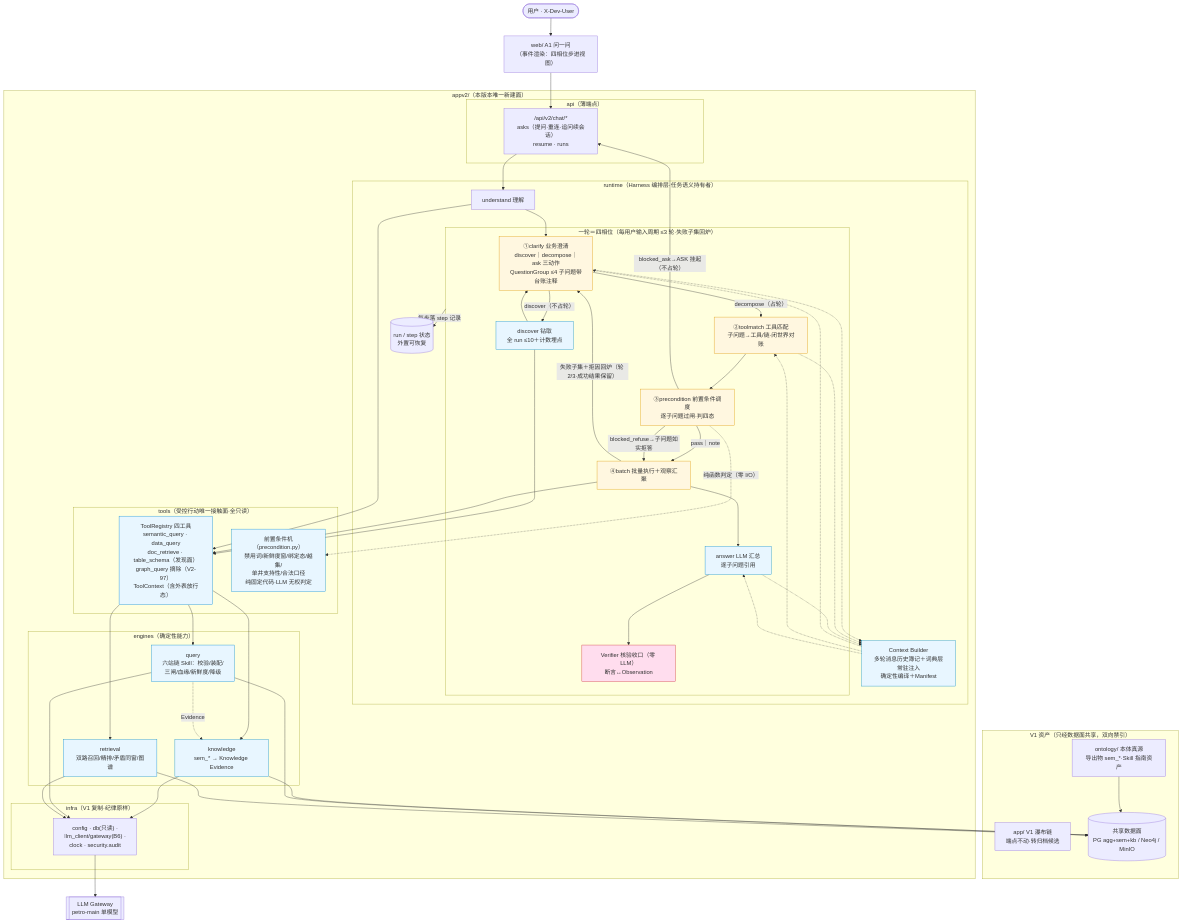
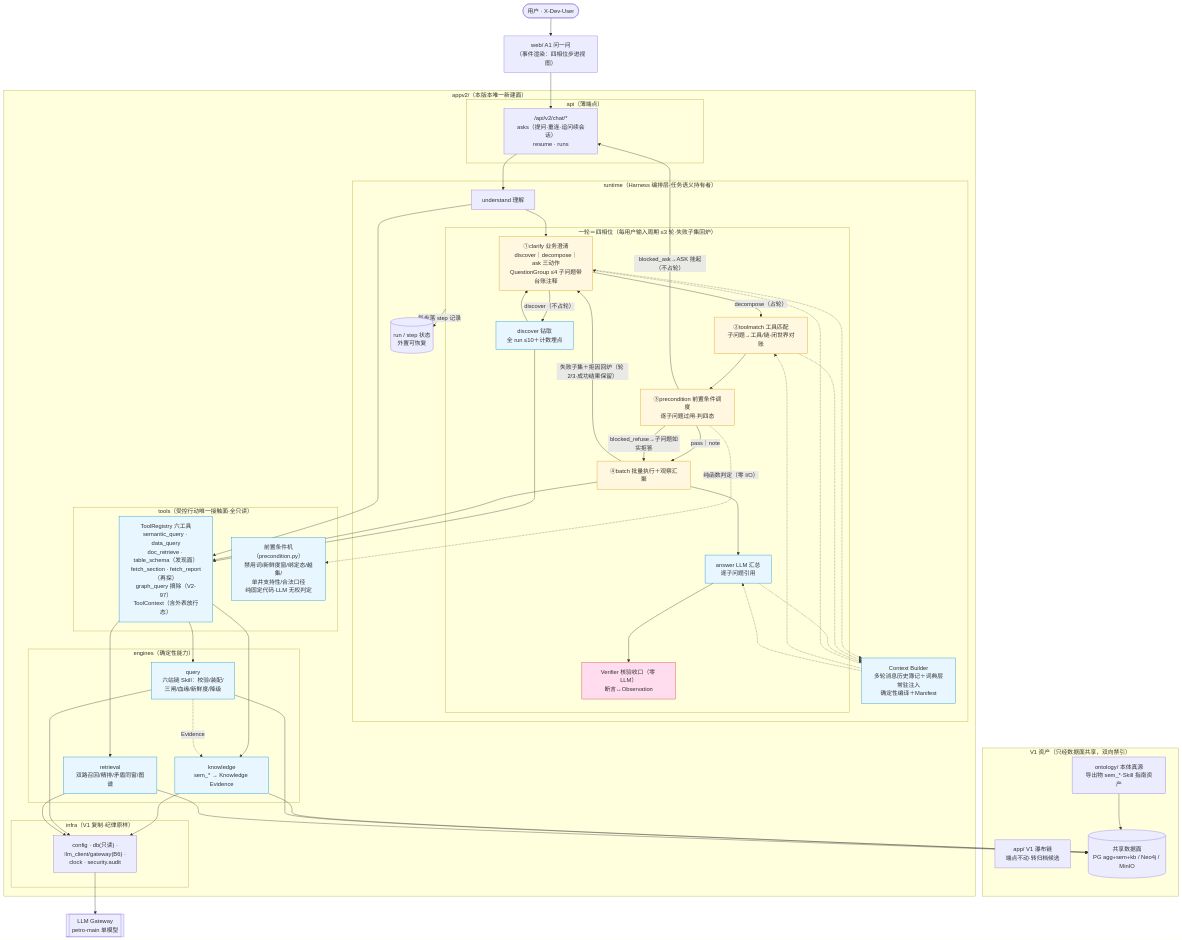
Before and after one commit to zzwcoding/petro-agent-platform: the diagram in docs/architecture-v2.md, drawn with Mermaid. The commit also changed other lines of this file and 38 other files, not shown here.

Commit message:
V2-96 作答侧有界再探(D5/方案A):explore 第二出口(闭世界三工具/≤2轮每轮≤2/指纹拒重/只许已见来源/硬停止强制正文),doc_retrieve 触发新召回+fetch_section/fetch_report 只读读面;端到端B-正6形25帧386/415/428交付;9新测+全量2434过;工具面六工具文档同步

````diff
--- a/docs/architecture-v2.md
+++ b/docs/architecture-v2.md
@@ -8,74 +8,74 @@
 ```mermaid
 flowchart TB
     subgraph 外部["V1 资产（只经数据面共享，双向禁引）"]
         V1APP[app/ V1 瀑布链<br/>端点不动·转归档候选]
         ONTO[ontology/ 本体真源<br/>导出物 sem_*·Skill 指南资产]
         DATAPLANE[(共享数据面<br/>PG agg+sem+kb / Neo4j / MinIO)]
     end
 
     subgraph APPV2["appv2/（本版本唯一新建面）"]
         subgraph L4["api（薄端点）"]
             API["/api/v2/chat/*<br/>asks（提问·重连·追问续会话）<br/>resume · runs"]
         end
         subgraph L3["runtime（Harness 编排层·任务语义持有者）"]
             U["understand 理解"]
             subgraph PH["一轮＝四相位（每用户输入周期 ≤3 轮·失败子集回炉）"]
                 CL["①clarify 业务澄清<br/>discover｜decompose｜ask 三动作<br/>QuestionGroup ≤4 子问题带台账注释"]
                 DS["discover 钻取<br/>全 run ≤10＋计数埋点"]
                 TM["②toolmatch 工具匹配<br/>子问题→工具/链·闭世界对账"]
                 PRE["③precondition 前置条件调度<br/>逐子问题过闸·判四态"]
                 BAT["④batch 批量执行＋观察汇聚"]
                 AN["answer LLM 汇总<br/>逐子问题引用"]
                 VF["Verifier 核验收口（零 LLM）<br/>断言↔Observation"]
             end
             CB["Context Builder<br/>多轮消息历史簿记＋词典层常驻注入<br/>确定性编译＋Manifest"]
             ST[("run / step 状态<br/>外置可恢复")]
         end
         subgraph L2["tools（受控行动唯一接触面·全只读）"]
-            TR["ToolRegistry 四工具<br/>semantic_query · data_query<br/>doc_retrieve · table_schema（发现面）<br/>graph_query 摘除（V2-97）<br/>ToolContext（含外表放行态）"]
+            TR["ToolRegistry 六工具<br/>semantic_query · data_query<br/>doc_retrieve · table_schema（发现面）<br/>fetch_section · fetch_report（再探）<br/>graph_query 摘除（V2-97）<br/>ToolContext（含外表放行态）"]
             PC["前置条件机（precondition.py）<br/>禁用词/新鲜度窗/绑定态/越集/<br/>单井支持性/合法口径<br/>纯固定代码·LLM 无权判定"]
         end
         subgraph L1["engines（确定性能力）"]
             KNO["knowledge<br/>sem_* → Knowledge Evidence"]
             QEN["query<br/>六站链 Skill：校验/装配/<br/>三闸/血缘/新鲜度/降级"]
             REN["retrieval<br/>双路召回/精排/矛盾同窗/图谱"]
         end
         subgraph L0["infra（V1 复制·纪律原样）"]
             INFRA["config · db(只读) ·<br/>llm_client/gateway(B6) ·<br/>clock · security.audit"]
         end
         API --> U
         U --> CL
         CL -- "discover（不占轮）" --> DS
         CL -- "decompose（占轮）" --> TM
         DS --> CL
         TM --> PRE
         PRE -- "pass｜note" --> BAT
         PRE -- "blocked_ask→ASK 挂起（不占轮）" --> API
         PRE -- "blocked_refuse→子问题如实拒答" --> BAT
         BAT -- "失败子集＋拒因回炉（轮 2/3·成功结果保留）" --> CL
         BAT --> AN --> VF
         CL & TM & AN -.-> CB
         CB -.-> CL & TM & AN
         U & DS & BAT --> TR
         PRE -. "纯函数判定（零 I/O）" .-> PC
         TR --> KNO & QEN & REN
         KNO & QEN & REN --> INFRA
         QEN -. Evidence .-> KNO
         PH -- "每步落 step 记录" --> ST
     end
 
     WEB["web/ A1 问一问<br/>（事件渲染：四相位步进视图）"]
     USER(["用户 · X-Dev-User"])
 
     USER --> WEB --> API
     INFRA --> GATEWAY[[LLM Gateway<br/>petro-main 单模型]]
     KNO & QEN & REN --> DATAPLANE
     ONTO --> DATAPLANE
 
     classDef safety fill:#fde,stroke:#c33;
     classDef new fill:#e8f6ff,stroke:#08c;
     classDef phase fill:#fff7e0,stroke:#d90;
     class VF,PC safety
     class CL,DS,TM,PRE,BAT,AN,CB,TR,PC,KNO,QEN,REN new
     class CL,TM,PRE,BAT phase
 ```
````
